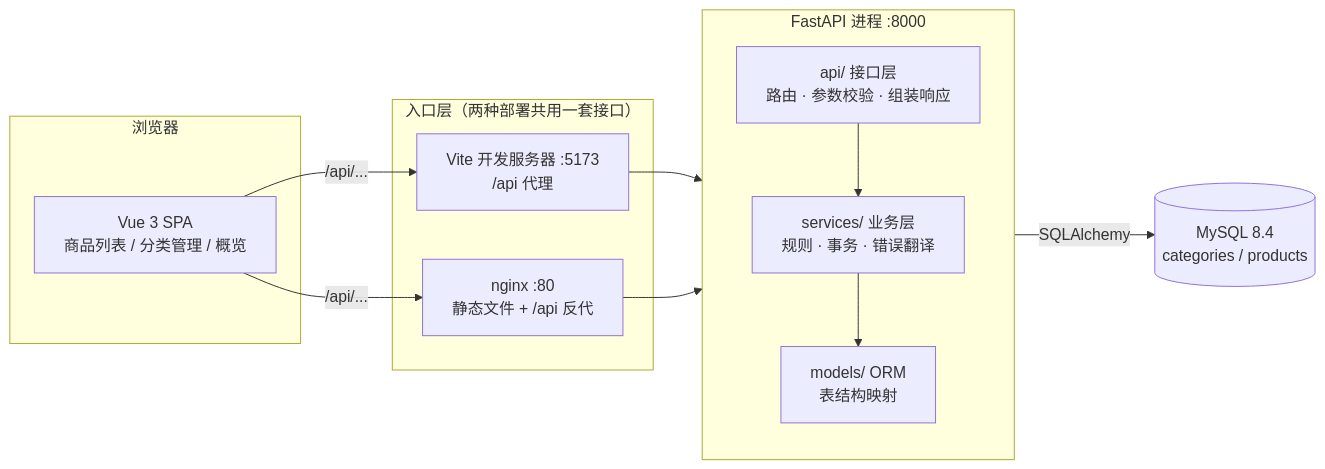
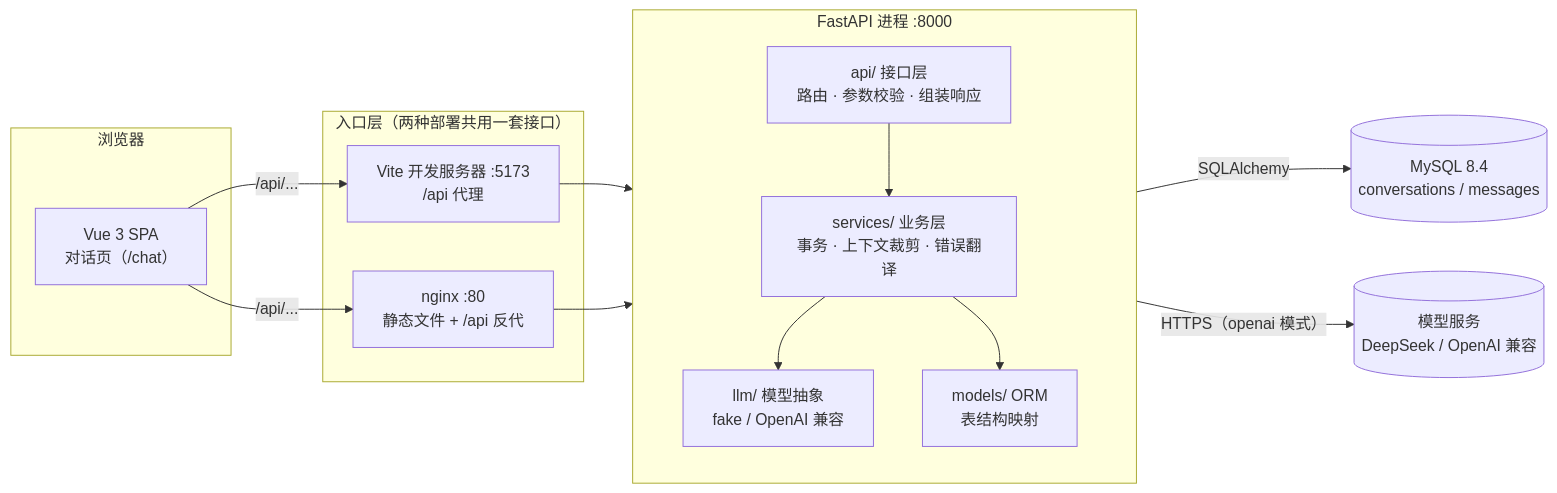
Before and after one commit to calix-cui/my-learning: the first of 3 diagrams in docs/how-it-works.md, drawn with Mermaid. The commit also changed other lines of this file and 36 other files, not shown here.

````diff
--- a/docs/how-it-works.md
+++ b/docs/how-it-works.md
@@ -12,27 +14,31 @@
 ```mermaid
 flowchart LR
     subgraph browser["浏览器"]
-        UI["Vue 3 SPA<br/>商品列表 / 分类管理 / 概览"]
+        UI["Vue 3 SPA<br/>对话页（/chat）"]
     end
 
     subgraph edge["入口层（两种部署共用一套接口）"]
         DEV["Vite 开发服务器 :5173<br/>/api 代理"]
         NGX["nginx :80<br/>静态文件 + /api 反代"]
     end
 
     subgraph backend["FastAPI 进程 :8000"]
         direction TB
         API["api/ 接口层<br/>路由 · 参数校验 · 组装响应"]
-        SVC["services/ 业务层<br/>规则 · 事务 · 错误翻译"]
+        SVC["services/ 业务层<br/>事务 · 上下文裁剪 · 错误翻译"]
+        LLM["llm/ 模型抽象<br/>fake / OpenAI 兼容"]
         ORM["models/ ORM<br/>表结构映射"]
-        API --> SVC --> ORM
+        API --> SVC
+        SVC --> LLM
+        SVC --> ORM
     end
 
-    DB[("MySQL 8.4<br/>categories / products")]
+    DB[("MySQL 8.4<br/>conversations / messages")]
 
     UI -->|"/api/..."| DEV
     UI -->|"/api/..."| NGX
     DEV --> API
     NGX --> API
     ORM -->|"SQLAlchemy"| DB
+    LLM -->|"HTTPS（openai 模式）"| UP[("模型服务<br/>DeepSeek / OpenAI 兼容")]
 ```
````
